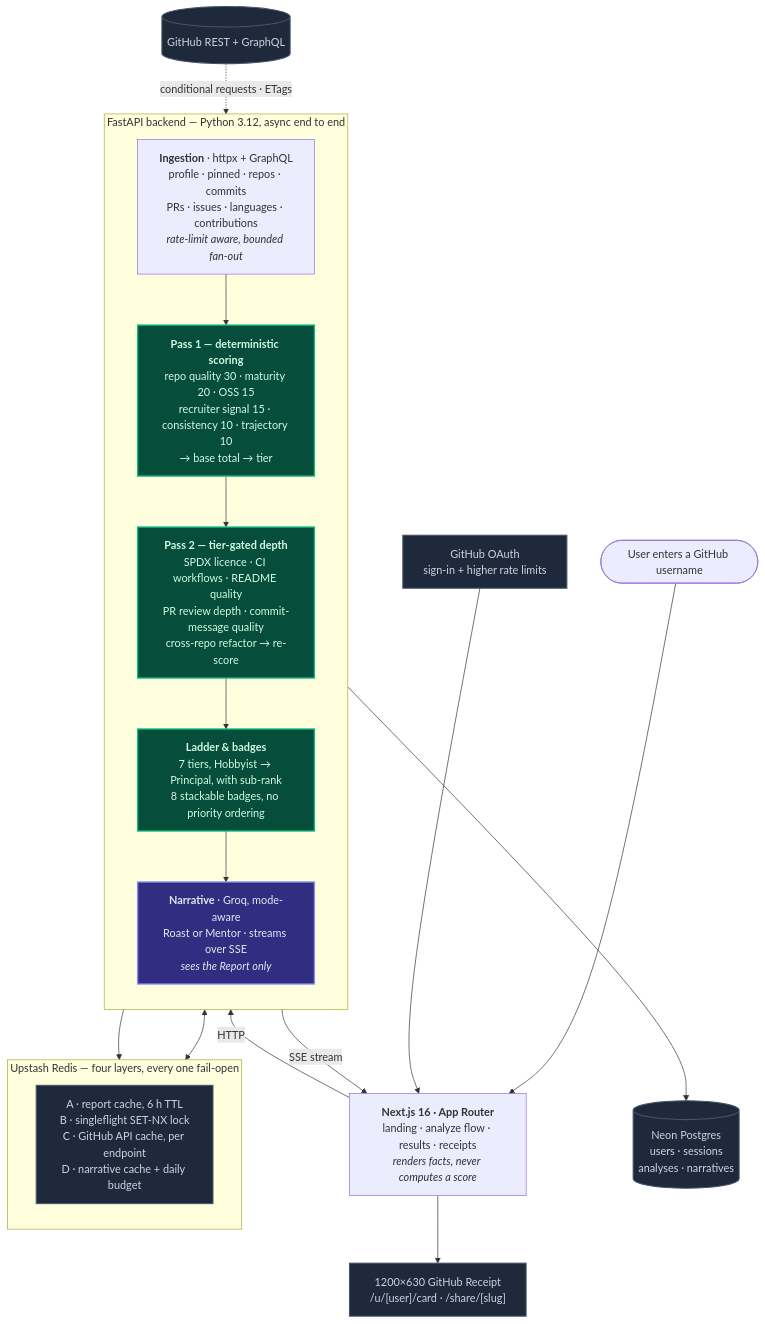
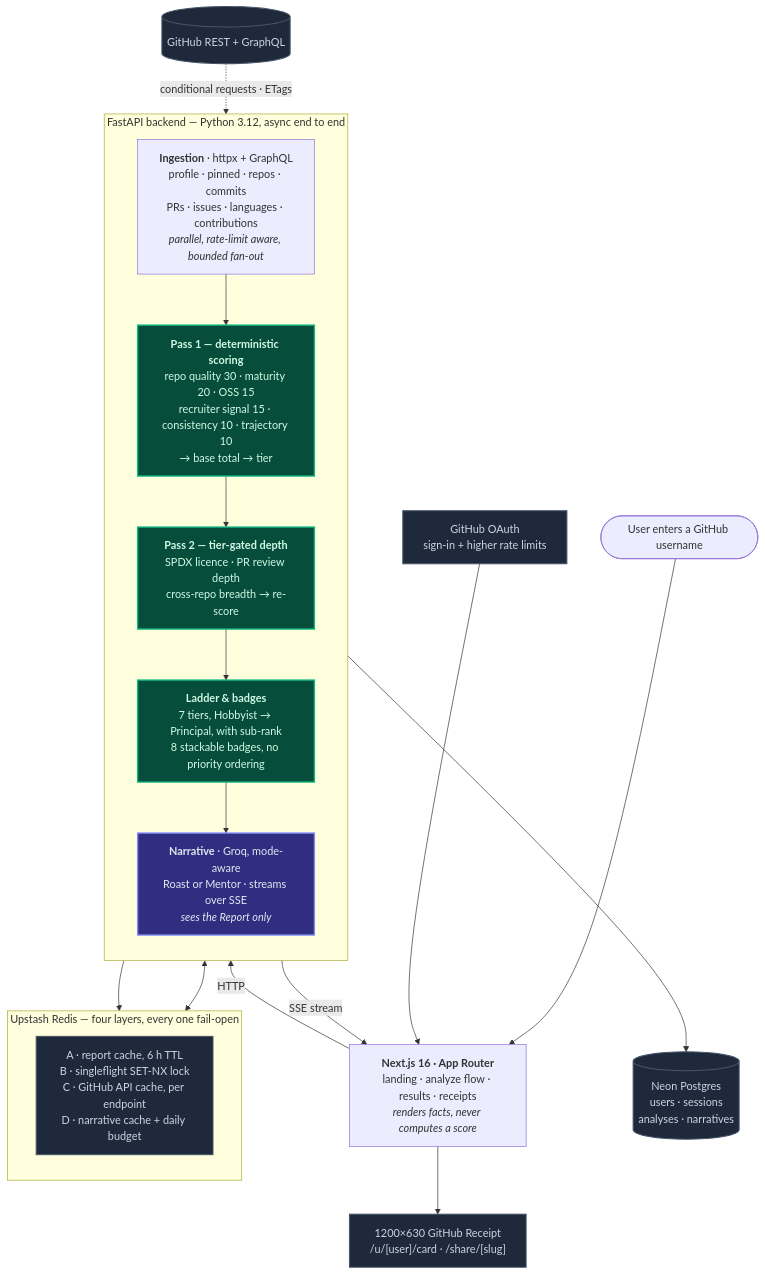
The diagram in README.md (Shaan-alpha/Skill-Issue), drawn with Mermaid before and after one commit. The commit also changed other lines of this file and 13 other files, not shown here.

````diff
--- a/README.md
+++ b/README.md
@@ -66,41 +66,41 @@
 ```mermaid
 flowchart TD
     U(["User enters a GitHub username"])
     FE["<b>Next.js 16 · App Router</b><br/>landing · analyze flow · results · receipts<br/><i>renders facts, never computes a score</i>"]
 
     subgraph BE ["FastAPI backend — Python 3.12, async end to end"]
         direction TB
-        ING["<b>Ingestion</b> · httpx + GraphQL<br/>profile · pinned · repos · commits<br/>PRs · issues · languages · contributions<br/><i>rate-limit aware, bounded fan-out</i>"]
+        ING["<b>Ingestion</b> · httpx + GraphQL<br/>profile · pinned · repos · commits<br/>PRs · issues · languages · contributions<br/><i>parallel, rate-limit aware, bounded fan-out</i>"]
         P1["<b>Pass 1 — deterministic scoring</b><br/>repo quality 30 · maturity 20 · OSS 15<br/>recruiter signal 15 · consistency 10 · trajectory 10<br/>→ base total → tier"]
-        P2["<b>Pass 2 — tier-gated depth</b><br/>SPDX licence · CI workflows · README quality<br/>PR review depth · commit-message quality<br/>cross-repo refactor → re-score"]
+        P2["<b>Pass 2 — tier-gated depth</b><br/>SPDX licence · PR review depth<br/>cross-repo breadth → re-score"]
         LADDER["<b>Ladder &amp; badges</b><br/>7 tiers, Hobbyist → Principal, with sub-rank<br/>8 stackable badges, no priority ordering"]
         NARR["<b>Narrative</b> · Groq, mode-aware<br/>Roast or Mentor · streams over SSE<br/><i>sees the Report only</i>"]
         ING --> P1 --> P2 --> LADDER --> NARR
     end
 
     subgraph CACHE ["Upstash Redis — four layers, every one fail-open"]
         direction TB
         L["A · report cache, 6 h TTL<br/>B · singleflight SET-NX lock<br/>C · GitHub API cache, per endpoint<br/>D · narrative cache + daily budget"]
     end
 
     GH[("GitHub REST + GraphQL")]
     PG[("Neon Postgres<br/>users · sessions<br/>analyses · narratives")]
     OAUTH["GitHub OAuth<br/>sign-in + higher rate limits"]
     OG["1200×630 GitHub Receipt<br/>/u/[user]/card · /share/[slug]"]
 
     U --> FE -->|"HTTP"| ING
     GH -.->|"conditional requests · ETags"| ING
     ING <--> CACHE
     P1 --> CACHE
     NARR -->|"SSE stream"| FE
     LADDER --> PG
     OAUTH --> FE
     FE --> OG
 
     classDef det fill:#064e3b,stroke:#10b981,stroke-width:2px,color:#d1fae5
     classDef ai fill:#312e81,stroke:#818cf8,stroke-width:2px,color:#e2e8f0
     classDef store fill:#1e293b,stroke:#475569,stroke-width:1.5px,color:#cbd5e1
     class P1,P2,LADDER det
     class NARR ai
     class GH,PG,L,OAUTH,OG store
 ```
````
